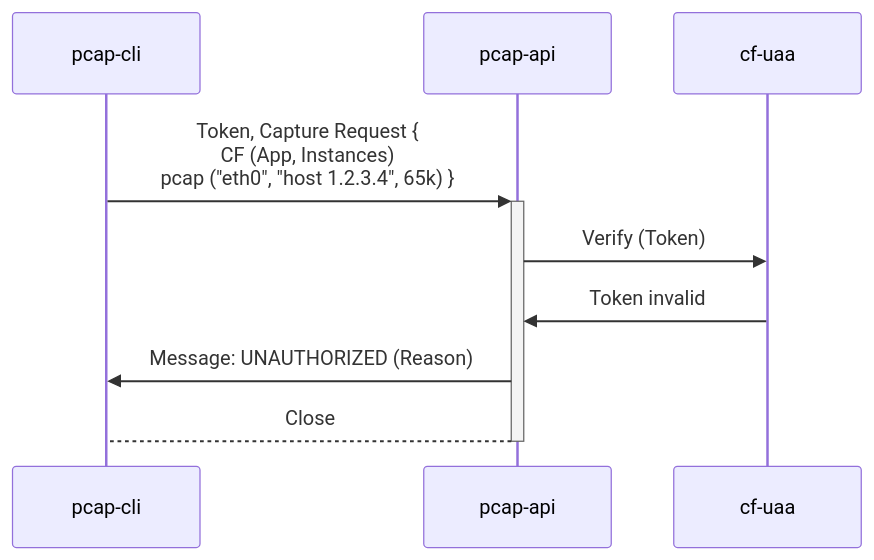
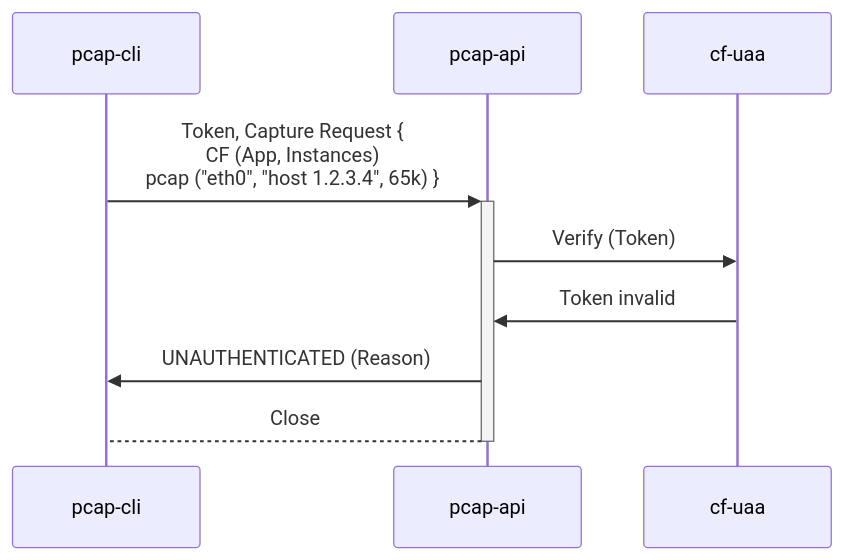
Before and after one commit to cloudfoundry/pcap-release: the eighth of 26 diagrams in docs/api-communication-spec.md, drawn with Mermaid. The commit also changed other lines of this file, not shown here.

Commit message:
docs(api): fix NATS option description

````diff
--- a/docs/api-communication-spec.md
+++ b/docs/api-communication-spec.md
@@ -376,9 +445,9 @@
 ```mermaid
 sequenceDiagram
     pcap-cli ->>+ pcap-api: Token, Capture Request {<br/>CF (App, Instances)<br/>pcap ("eth0", "host 1.2.3.4", 65k) }
     pcap-api ->> cf-uaa: Verify (Token)
     cf-uaa ->> pcap-api: Token invalid
     
-    pcap-api ->> pcap-cli: Message: UNAUTHORIZED (Reason)
+    pcap-api ->> pcap-cli: UNAUTHENTICATED (Reason)
     pcap-api -->- pcap-cli: Close
 ```
````
